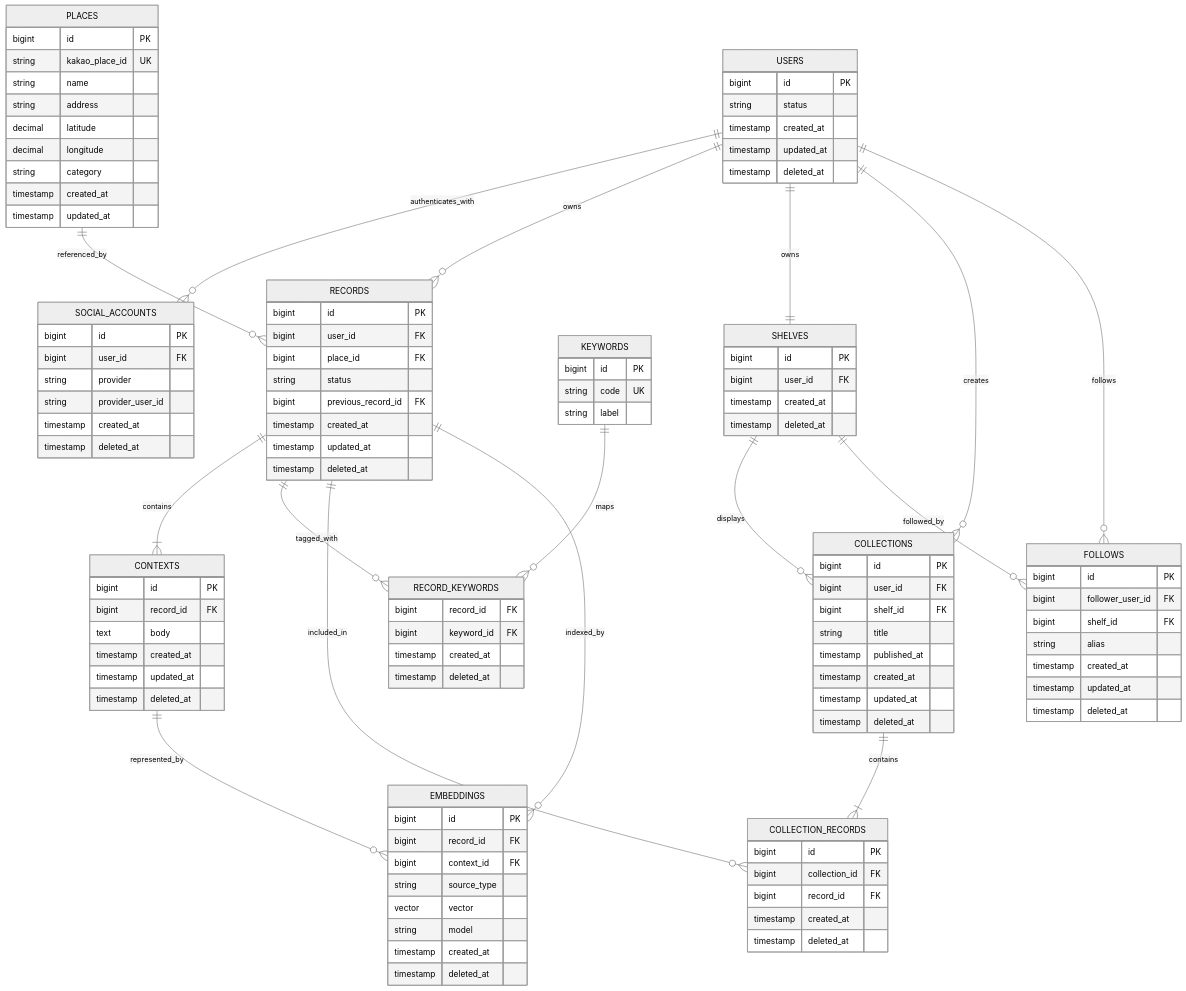
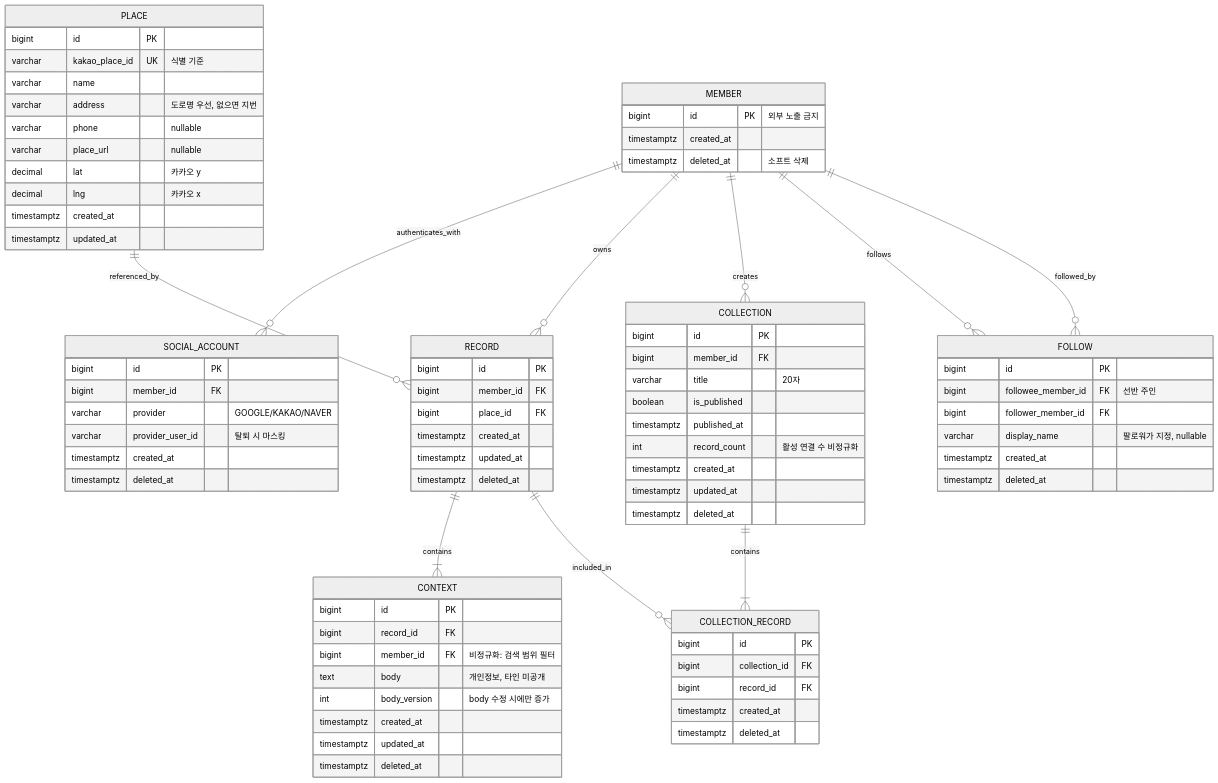
One commit to Team-PinLog/docs changed the first of 2 diagrams in draft/07_ERD.md. Above: the diagram before and after it, drawn with Mermaid (neutral theme). The commit also changed other lines of this file and 1 other file, not shown here.

Commit message:
1차 데이터 모델 수정

````diff
--- a/draft/07_ERD.md
+++ b/draft/07_ERD.md
@@ -3,127 +9,89 @@
 ```mermaid
 erDiagram
-    USERS ||--o{ SOCIAL_ACCOUNTS : authenticates_with
-    USERS ||--o{ RECORDS : owns
-    PLACES ||--o{ RECORDS : referenced_by
-    RECORDS ||--|{ CONTEXTS : contains
-    RECORDS ||--o{ RECORD_KEYWORDS : tagged_with
-    KEYWORDS ||--o{ RECORD_KEYWORDS : maps
-    USERS ||--|| SHELVES : owns
-    USERS ||--o{ COLLECTIONS : creates
-    SHELVES ||--o{ COLLECTIONS : displays
-    COLLECTIONS ||--|{ COLLECTION_RECORDS : contains
-    RECORDS ||--o{ COLLECTION_RECORDS : included_in
-    USERS ||--o{ FOLLOWS : follows
-    SHELVES ||--o{ FOLLOWS : followed_by
-    RECORDS ||--o{ EMBEDDINGS : indexed_by
-    CONTEXTS ||--o{ EMBEDDINGS : represented_by
+    MEMBER ||--o{ SOCIAL_ACCOUNT : authenticates_with
+    MEMBER ||--o{ RECORD : owns
+    MEMBER ||--o{ COLLECTION : creates
+    MEMBER ||--o{ FOLLOW : follows
+    MEMBER ||--o{ FOLLOW : followed_by
+    PLACE  ||--o{ RECORD : referenced_by
+    RECORD ||--|{ CONTEXT : contains
+    RECORD ||--o{ COLLECTION_RECORD : included_in
+    COLLECTION ||--|{ COLLECTION_RECORD : contains
 
-    USERS {
-        bigint id PK
-        string status
-        timestamp created_at
-        timestamp updated_at
-        timestamp deleted_at
+    MEMBER {
+        bigint id PK "외부 노출 금지"
+        timestamptz created_at
+        timestamptz deleted_at "소프트 삭제"
     }
 
-    SOCIAL_ACCOUNTS {
+    SOCIAL_ACCOUNT {
         bigint id PK
-        bigint user_id FK
-        string provider
-        string provider_user_id
-        timestamp created_at
-        timestamp deleted_at
+        bigint member_id FK
+        varchar provider "GOOGLE/KAKAO/NAVER"
+        varchar provider_user_id "탈퇴 시 마스킹"
+        timestamptz created_at
+        timestamptz deleted_at
     }
 
-    PLACES {
+    PLACE {
         bigint id PK
-        string kakao_place_id UK
-        string name
-        string address
-        decimal latitude
-        decimal longitude
-        string category
-        timestamp created_at
-        timestamp updated_at
+        varchar kakao_place_id UK "식별 기준"
+        varchar name
+        varchar address "도로명 우선, 없으면 지번"
+        varchar phone "nullable"
+        varchar place_url "nullable"
+        decimal lat "카카오 y"
+        decimal lng "카카오 x"
+        timestamptz created_at
+        timestamptz updated_at
     }
 
-    RECORDS {
+    RECORD {
         bigint id PK
-        bigint user_id FK
+        bigint member_id FK
         bigint place_id FK
-        string status
-        bigint previous_record_id FK
-        timestamp created_at
-        timestamp updated_at
-        timestamp deleted_at
+        timestamptz created_at
+        timestamptz updated_at
+        timestamptz deleted_at
     }
 
-    CONTEXTS {
+    CONTEXT {
         bigint id PK
         bigint record_id FK
-        text body
-        timestamp created_at
-        timestamp updated_at
-        timestamp deleted_at
+        bigint member_id FK "비정규화: 검색 범위 필터"
+        text body "개인정보, 타인 미공개"
+        int body_version "body 수정 시에만 증가"
+        timestamptz created_at
+        timestamptz updated_at
+        timestamptz deleted_at
     }
 
-    KEYWORDS {
+    COLLECTION {
         bigint id PK
-        string code UK
-        string label
+        bigint member_id FK
+        varchar title "20자"
+        boolean is_published
+        timestamptz published_at
+        int record_count "활성 연결 수 비정규화"
+        timestamptz created_at
+        timestamptz updated_at
+        timestamptz deleted_at
     }
 
-    RECORD_KEYWORDS {
-        bigint record_id FK
-        bigint keyword_id FK
-        timestamp created_at
-        timestamp deleted_at
-    }
-
-    SHELVES {
-        bigint id PK
-        bigint user_id FK
-        timestamp created_at
-        timestamp deleted_at
-    }
-
-    COLLECTIONS {
-        bigint id PK
-        bigint user_id FK
-        bigint shelf_id FK
-        string title
-        timestamp published_at
-        timestamp created_at
-        timestamp updated_at
-        timestamp deleted_at
-    }
-
-    COLLECTION_RECORDS {
+    COLLECTION_RECORD {
         bigint id PK
         bigint collection_id FK
         bigint record_id FK
-        timestamp created_at
-        timestamp deleted_at
+        timestamptz created_at
+        timestamptz deleted_at
     }
 
-    FOLLOWS {
+    FOLLOW {
         bigint id PK
-        bigint follower_user_id FK
-        bigint shelf_id FK
-        string alias
-        timestamp created_at
-        timestamp updated_at
-        timestamp deleted_at
-    }
-
-    EMBEDDINGS {
-        bigint id PK
-        bigint record_id FK
-        bigint context_id FK
-        string source_type
-        vector vector
-        string model
-        timestamp created_at
-        timestamp deleted_at
+        bigint followee_member_id FK "선반 주인"
+        bigint follower_member_id FK
+        varchar display_name "팔로워가 지정, nullable"
+        timestamptz created_at
+        timestamptz deleted_at
     }
 ```
````
